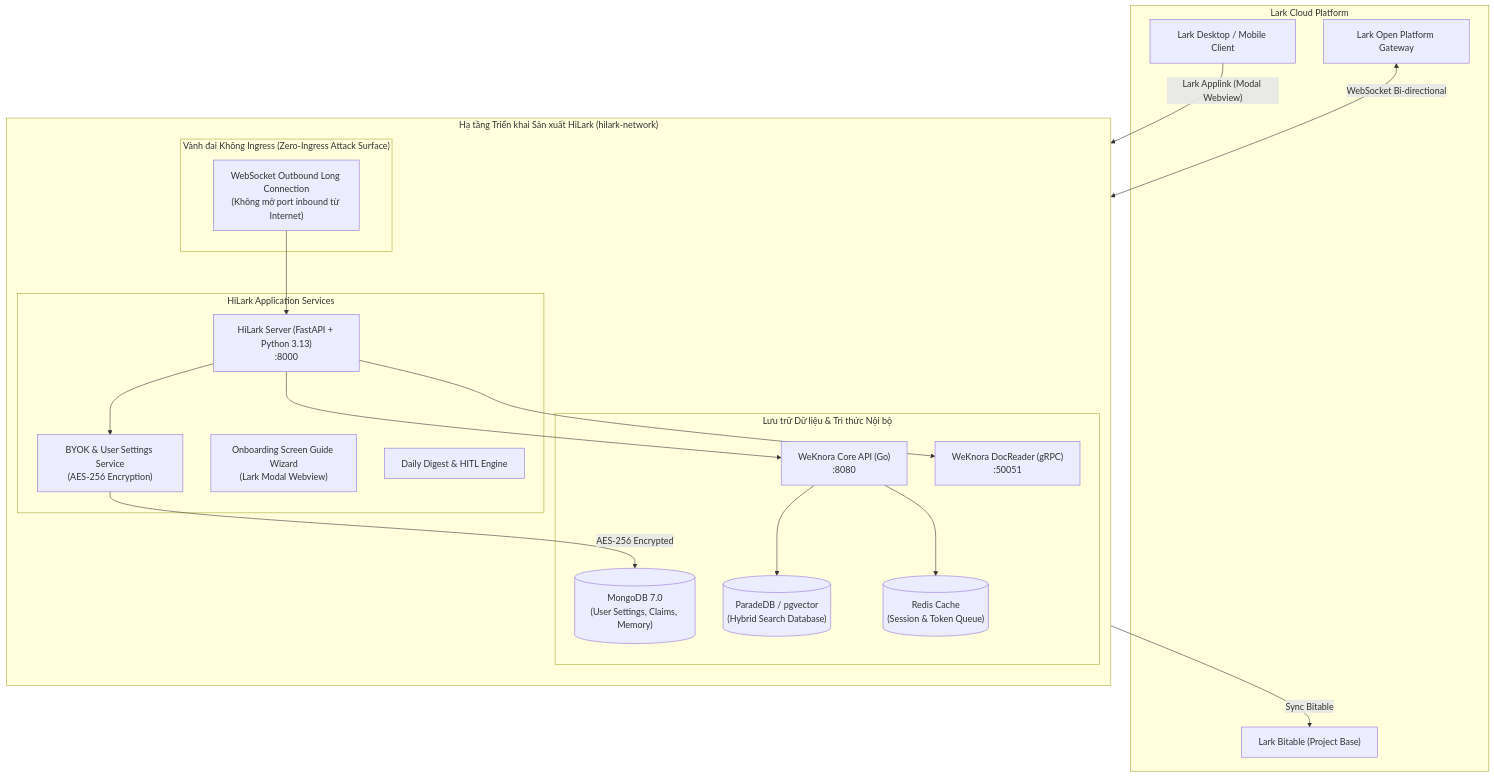
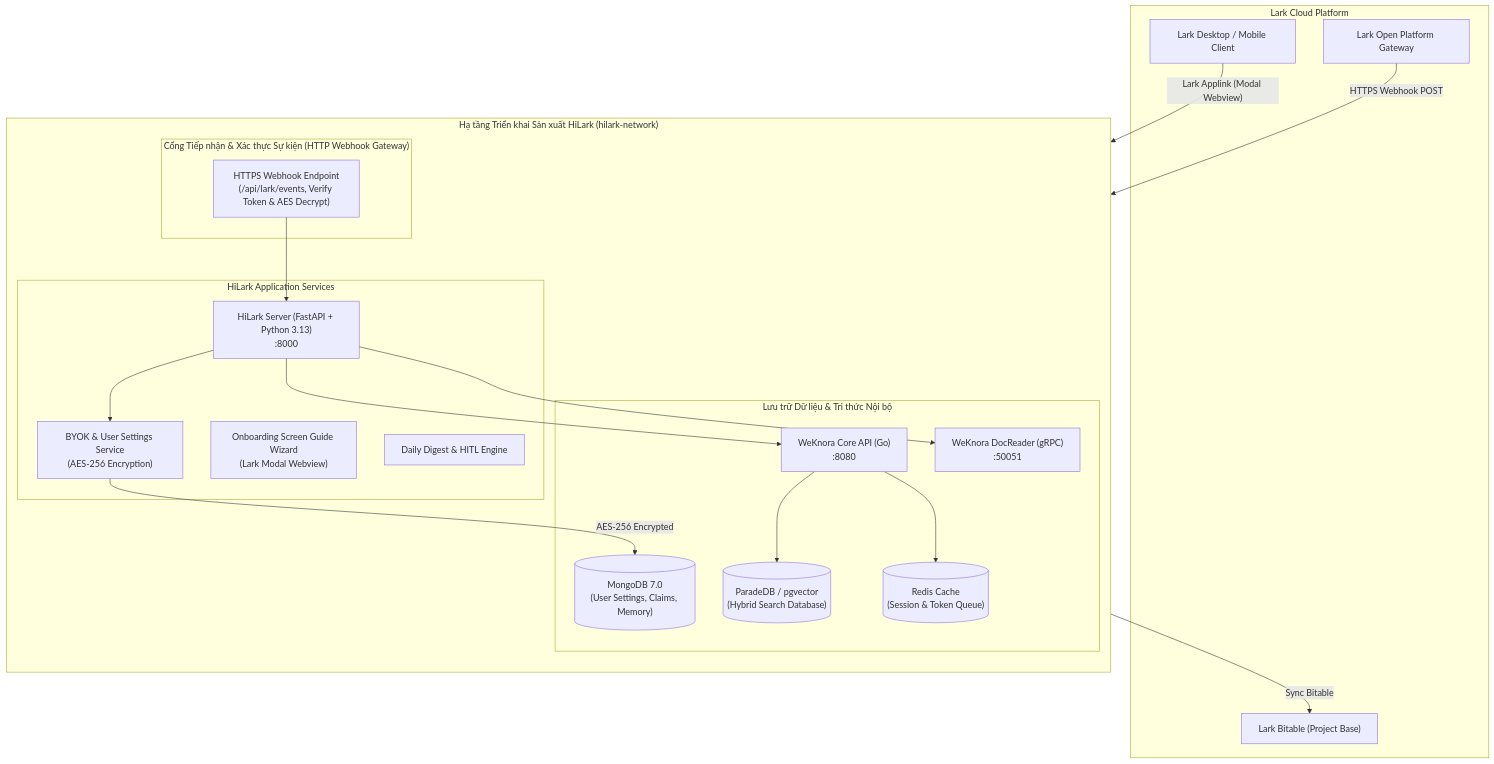
The first of 2 diagrams in docs/DEPLOYMENT_GUIDE.md (tetsde/LarkAssistant), drawn with Mermaid before and after one commit. The commit also changed other lines of this file and 77 other files, not shown here.

Commit message:
refactor: replace gemini client with multi-provider llm client architecture and webhook gateway updates

````diff
--- a/docs/DEPLOYMENT_GUIDE.md
+++ b/docs/DEPLOYMENT_GUIDE.md
@@ -10,42 +10,42 @@
 ```mermaid
 flowchart TD
     subgraph Lark_Cloud["Lark Cloud Platform"]
         LarkClient["Lark Desktop / Mobile Client"]
         LarkGateway["Lark Open Platform Gateway"]
         LarkBase["Lark Bitable (Project Base)"]
     end
 
     subgraph HiLark_Infra["Hạ tầng Triển khai Sản xuất HiLark (hilark-network)"]
         direction TB
 
-        subgraph Security_Boundary["Vành đai Không Ingress (Zero-Ingress Attack Surface)"]
-            WS["WebSocket Outbound Long Connection<br/>(Không mở port inbound từ Internet)"]
+        subgraph Security_Boundary["Cổng Tiếp nhận & Xác thực Sự kiện (HTTP Webhook Gateway)"]
+            Webhook["HTTPS Webhook Endpoint<br/>(/api/lark/events, Verify Token & AES Decrypt)"]
         end
 
         subgraph Core_Services["HiLark Application Services"]
             FastAPI["HiLark Server (FastAPI + Python 3.13)<br/>:8000"]
             BYOKService["BYOK & User Settings Service<br/>(AES-256 Encryption)"]
             WizardUI["Onboarding Screen Guide Wizard<br/>(Lark Modal Webview)"]
             Scheduler["Daily Digest & HITL Engine"]
         end
 
         subgraph Data_Storage["Lưu trữ Dữ liệu & Tri thức Nội bộ"]
             MongoDB[("MongoDB 7.0<br/>(User Settings, Claims, Memory)")]
             WeKnoraApp["WeKnora Core API (Go)<br/>:8080"]
             DocReader["WeKnora DocReader (gRPC)<br/>:50051"]
             Postgres[("ParadeDB / pgvector<br/>(Hybrid Search Database)")]
             Redis[("Redis Cache<br/>(Session & Token Queue)")]
         end
     end
 
     LarkClient -- "Lark Applink (Modal Webview)" --> WizardUI
-    LarkGateway <-- "WebSocket Bi-directional" --> WS
-    WS --> FastAPI
+    LarkGateway -- "HTTPS Webhook POST" --> Webhook
+    Webhook --> FastAPI
     FastAPI --> BYOKService
     BYOKService -- "AES-256 Encrypted" --> MongoDB
     FastAPI --> WeKnoraApp
     FastAPI --> DocReader
     FastAPI -- "Sync Bitable" --> LarkBase
     WeKnoraApp --> Postgres
     WeKnoraApp --> Redis
 ```
````
